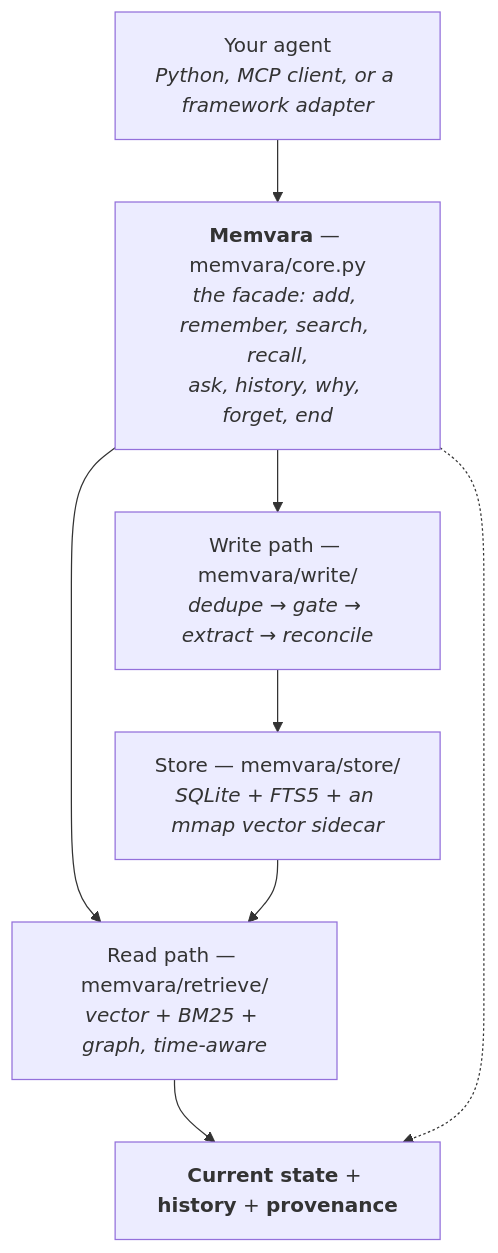
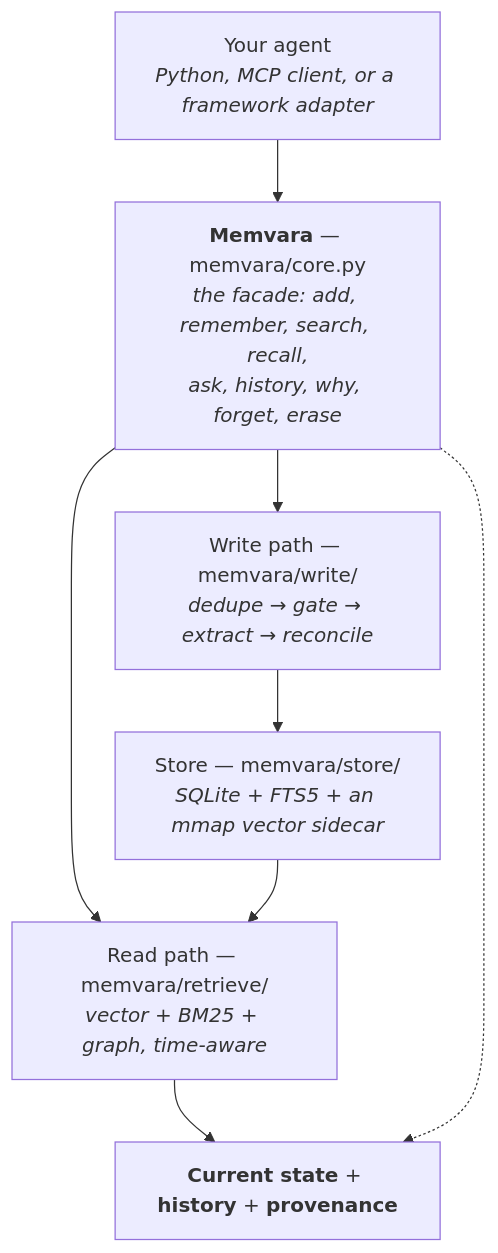
The first of 4 diagrams in docs/reference/architecture.md (memvara/memvara), drawn with Mermaid before and after one commit. The commit also changed 8 other files, not shown here.

````diff
--- a/docs/reference/architecture.md
+++ b/docs/reference/architecture.md
@@ -9,17 +9,17 @@
 ```mermaid
 flowchart TD
     A["Your agent<br/><i>Python, MCP client, or a framework adapter</i>"]
-    B["<b>Memvara</b> — memvara/core.py<br/><i>the facade: add, remember, search, recall,<br/>ask, history, why, forget, end</i>"]
+    B["<b>Memvara</b> — memvara/core.py<br/><i>the facade: add, remember, search, recall,<br/>ask, history, why, forget, erase</i>"]
     W["Write path — memvara/write/<br/><i>dedupe → gate → extract → reconcile</i>"]
     R["Read path — memvara/retrieve/<br/><i>vector + BM25 + graph, time-aware</i>"]
     S["Store — memvara/store/<br/><i>SQLite + FTS5 + an mmap vector sidecar</i>"]
     O["<b>Current state</b> + <b>history</b> + <b>provenance</b>"]
 
     A --> B
     B --> W
     B --> R
     W --> S
     S --> R
     R --> O
     B -.-> O
 ```
````
